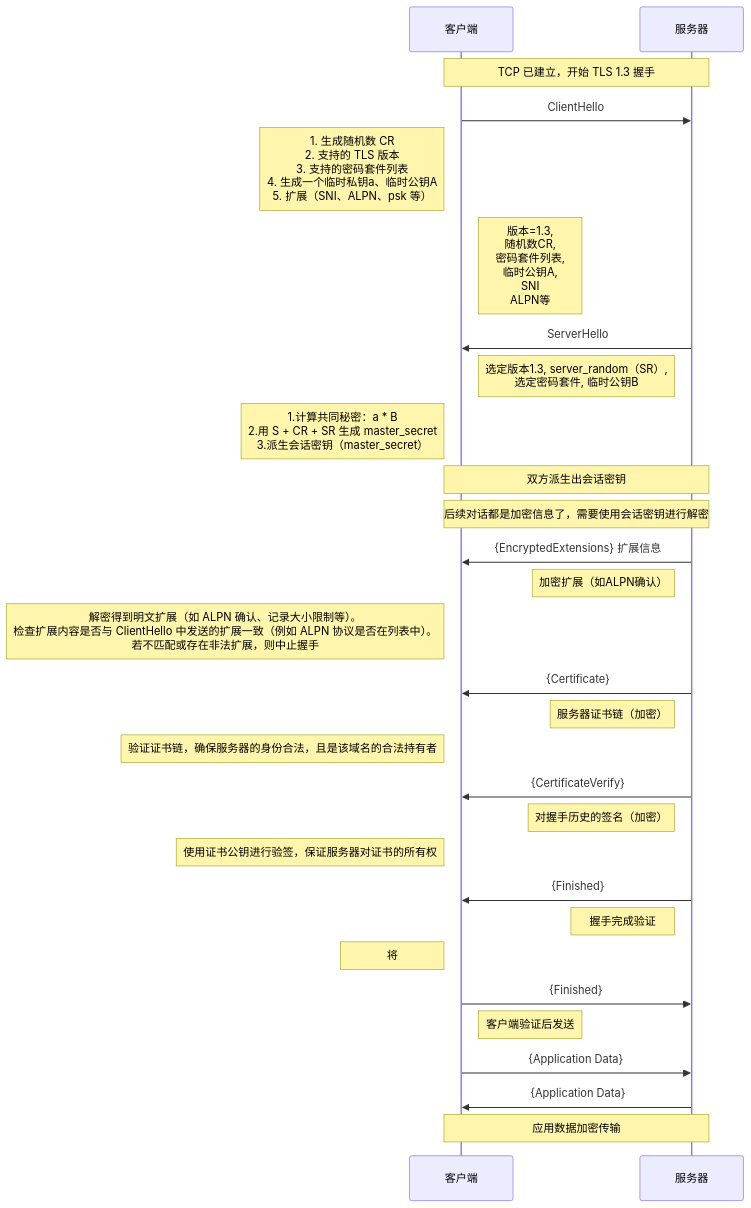
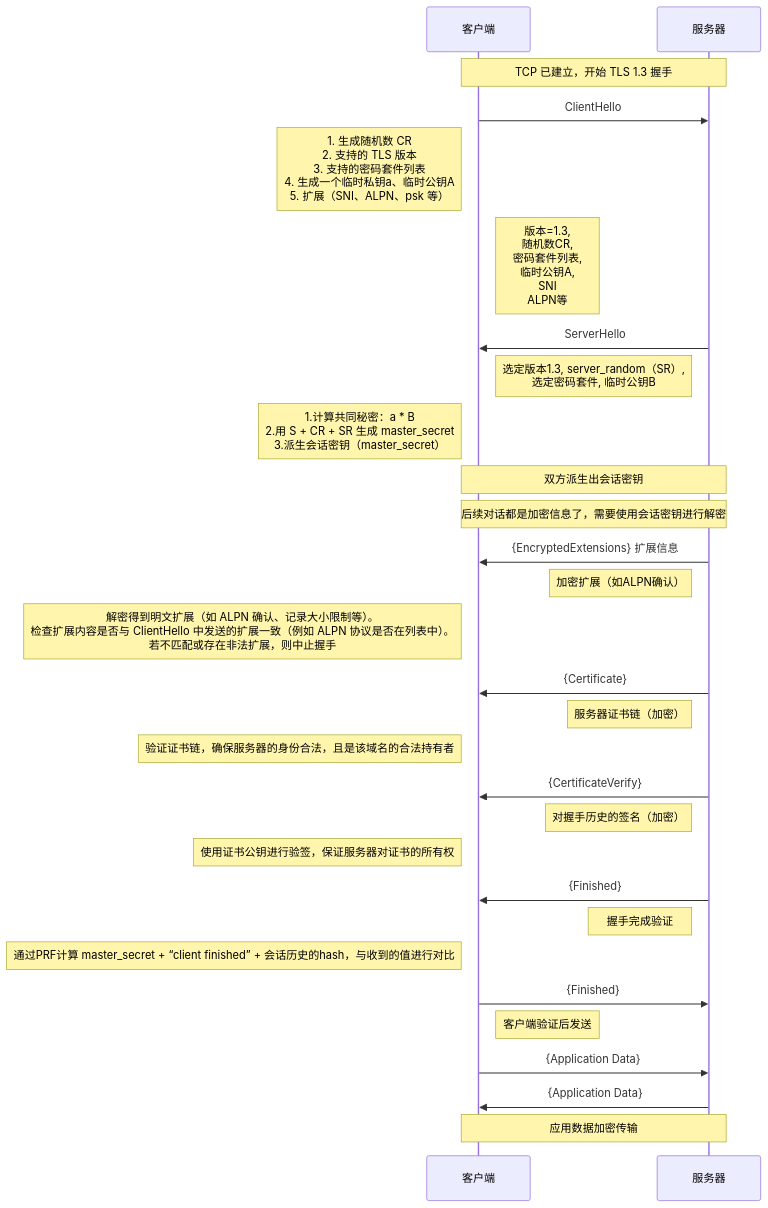
One commit to HY-10-8/iodraw-files changed the diagram in all/TLS-1.3-通用.md. Above: the diagram before and after it, drawn with Mermaid.

Commit message:
2026-03-30 18:59:15 update

````diff
--- a/all/TLS-1.3-通用.md
+++ b/all/TLS-1.3-通用.md
@@ -1,41 +1,41 @@
 ```mermaid
 sequenceDiagram
     participant C as 客户端
     participant S as 服务器
 
     Note over C,S: TCP 已建立，开始 TLS 1.3 握手
 
     C->>S: ClientHello
     Note left of C: 1. 生成随机数 CR<br/> 2. 支持的 TLS 版本<br/> 3. 支持的密码套件列表<br/> 4. 生成一个临时私钥a、临时公钥A<br/> 5. 扩展（SNI、ALPN、psk 等）
     Note right of C: 版本=1.3,<br/> 随机数CR,<br/> 密码套件列表,<br/> 临时公钥A,<br/> SNI<br/> ALPN等
 
     S->>C: ServerHello
     Note left of S: 选定版本1.3, server_random（SR）,<br/> 选定密码套件, 临时公钥B
     Note left of C: 1.计算共同秘密：a * B<br/> 2.用 S + CR + SR 生成 master_secret<br/> 3.派生会话密钥（master_secret）
 
     Note over C,S: 双方派生出会话密钥
     Note over C,S: 后续对话都是加密信息了，需要使用会话密钥进行解密
 
     S->>C: {EncryptedExtensions} 扩展信息
     Note left of S: 加密扩展（如ALPN确认）
     Note left of C: 解密得到明文扩展（如 ALPN 确认、记录大小限制等）。<br/>检查扩展内容是否与 ClientHello 中发送的扩展一致（例如 ALPN 协议是否在列表中）。<br/> 若不匹配或存在非法扩展，则中止握手
 
     S->>C: {Certificate}
     Note left of S: 服务器证书链（加密）
     Note left of C: 验证证书链，确保服务器的身份合法，且是该域名的合法持有者
 
     S->>C: {CertificateVerify}
     Note left of S: 对握手历史的签名（加密）
     Note left of C: 使用证书公钥进行验签，保证服务器对证书的所有权
 
     S->>C: {Finished}
     Note left of S: 握手完成验证
-    Note left of C: 将
+    Note left of C: 通过PRF计算 master_secret + “client finished” + 会话历史的hash，与收到的值进行对比
 
     C->>S: {Finished}
     Note right of C: 客户端验证后发送
 
     C->>S: {Application Data}
     S->>C: {Application Data}
     Note over C,S: 应用数据加密传输
 ```
````
